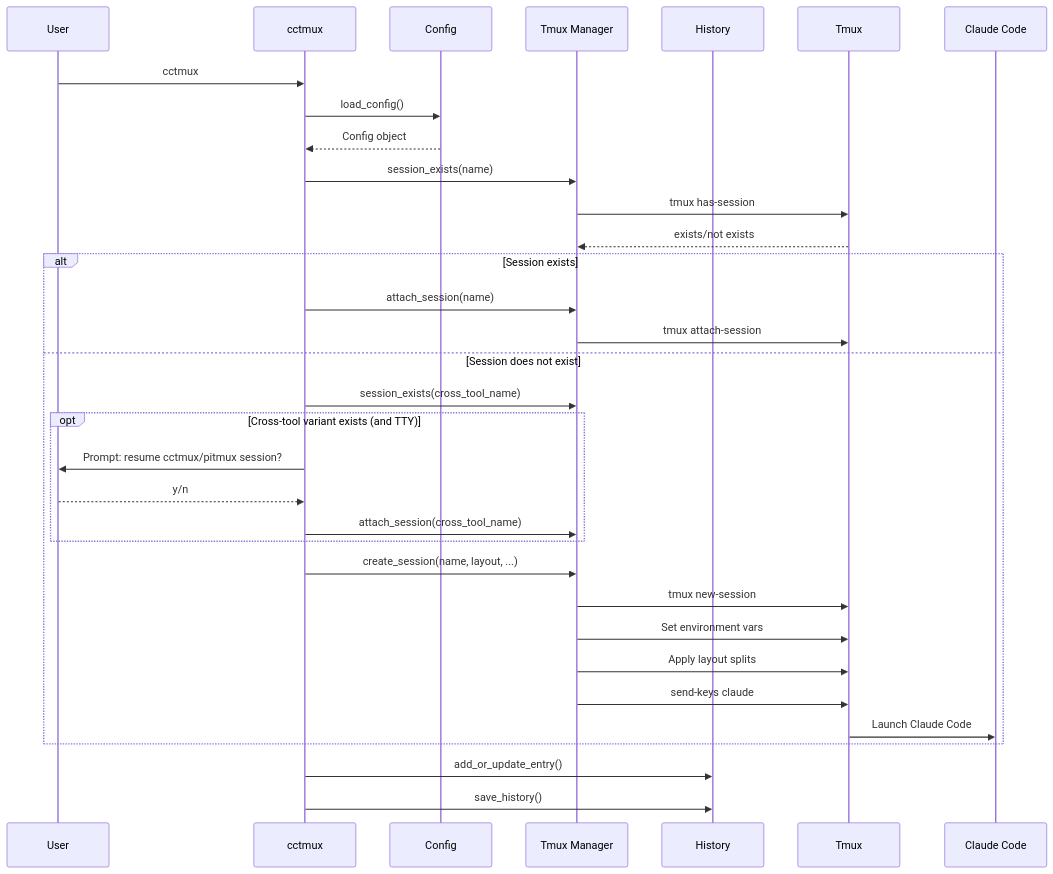
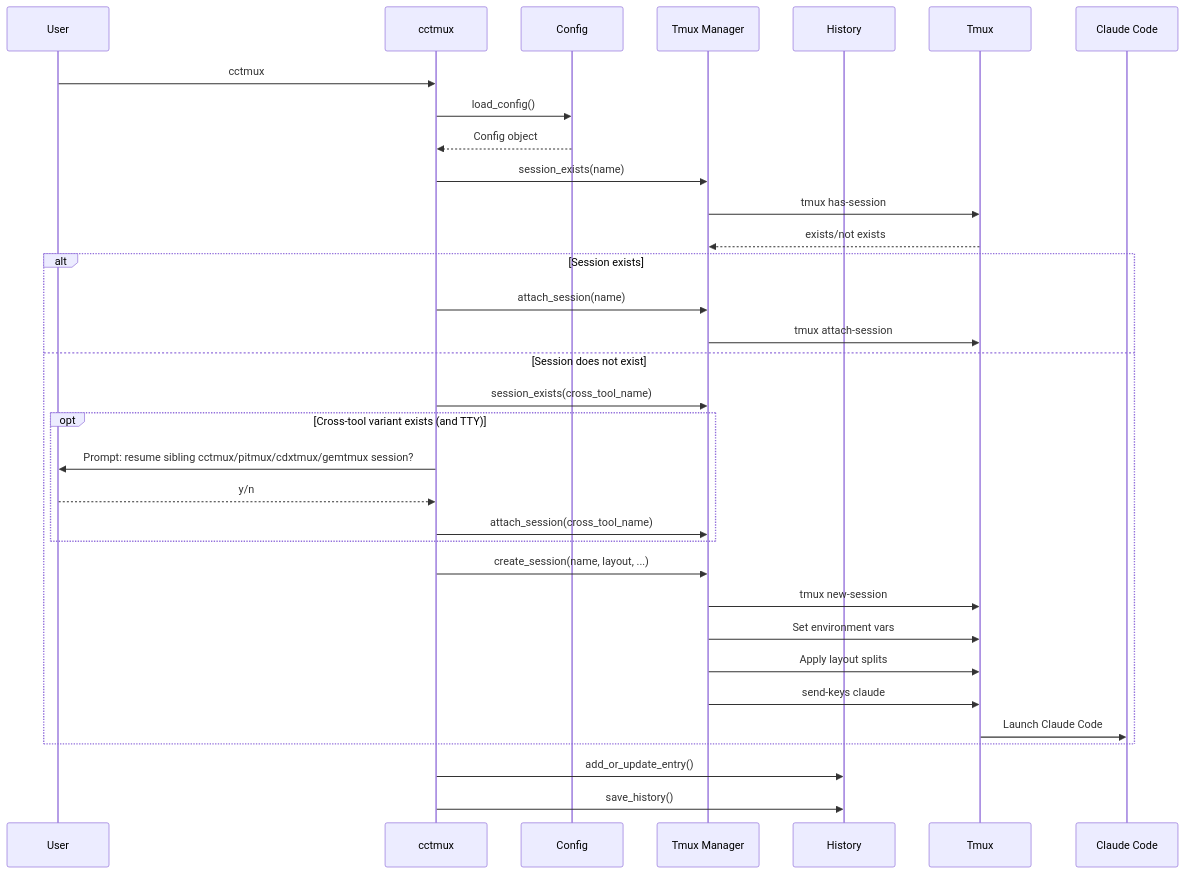
One commit to paulrobello/cctmux changed the third of 6 diagrams in docs/ARCHITECTURE.md. Above: the diagram before and after it, drawn with Mermaid. The commit also changed other lines of this file and 12 other files, not shown here.

First line of the commit message:
feat: add cdxtmux and gemtmux launchers, expand cross-tool resume

````diff
--- a/docs/ARCHITECTURE.md
+++ b/docs/ARCHITECTURE.md
@@ -193,38 +195,38 @@
 ```mermaid
 sequenceDiagram
     participant User
     participant CLI as cctmux
     participant Config
     participant TmuxMgr as Tmux Manager
     participant History
     participant Tmux
     participant Claude as Claude Code
 
     User->>CLI: cctmux
     CLI->>Config: load_config()
     Config-->>CLI: Config object
     CLI->>TmuxMgr: session_exists(name)
     TmuxMgr->>Tmux: tmux has-session
     Tmux-->>TmuxMgr: exists/not exists
 
     alt Session exists
         CLI->>TmuxMgr: attach_session(name)
         TmuxMgr->>Tmux: tmux attach-session
     else Session does not exist
         CLI->>TmuxMgr: session_exists(cross_tool_name)
         opt Cross-tool variant exists (and TTY)
-            CLI->>User: Prompt: resume cctmux/pitmux session?
+            CLI->>User: Prompt: resume sibling cctmux/pitmux/cdxtmux/gemtmux session?
             User-->>CLI: y/n
             CLI->>TmuxMgr: attach_session(cross_tool_name)
         end
         CLI->>TmuxMgr: create_session(name, layout, ...)
         TmuxMgr->>Tmux: tmux new-session
         TmuxMgr->>Tmux: Set environment vars
         TmuxMgr->>Tmux: Apply layout splits
         TmuxMgr->>Tmux: send-keys claude
         Tmux->>Claude: Launch Claude Code
     end
 
     CLI->>History: add_or_update_entry()
     CLI->>History: save_history()
 ```
````
